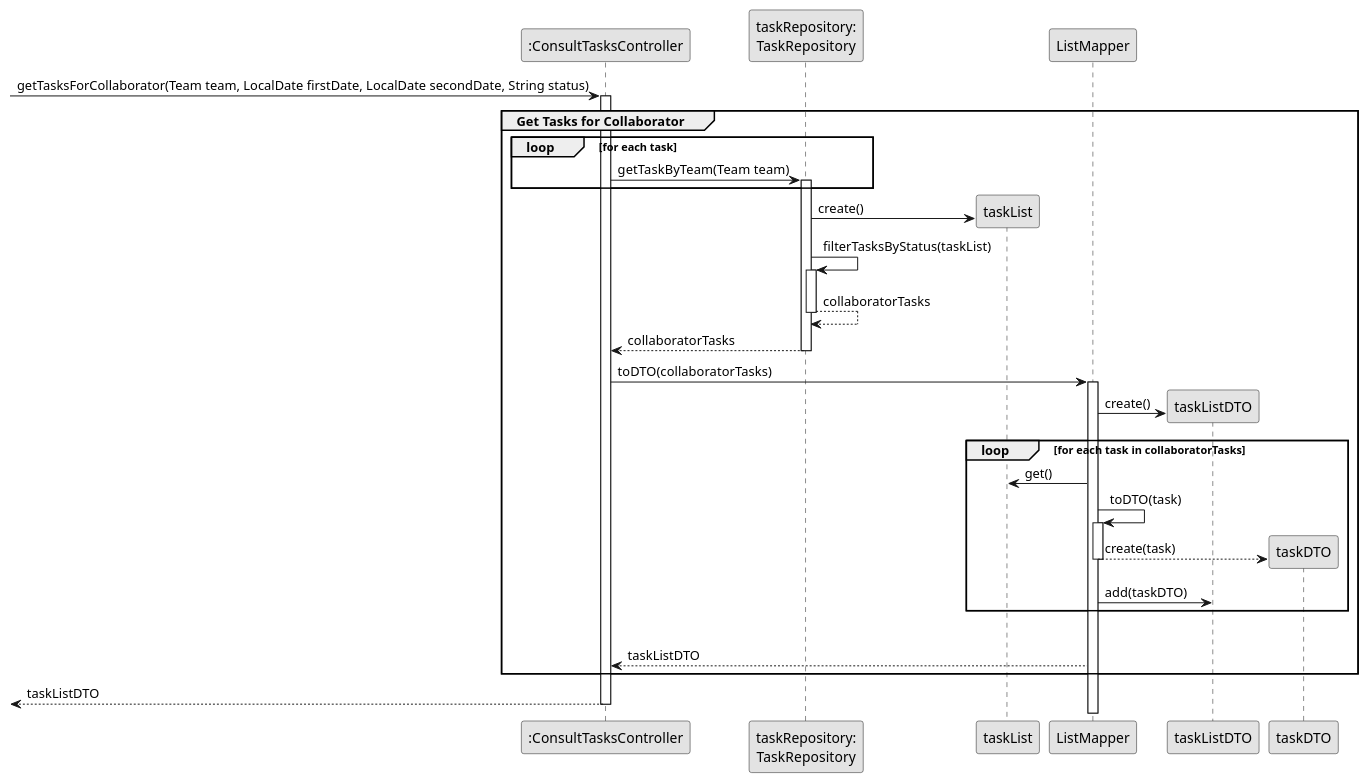
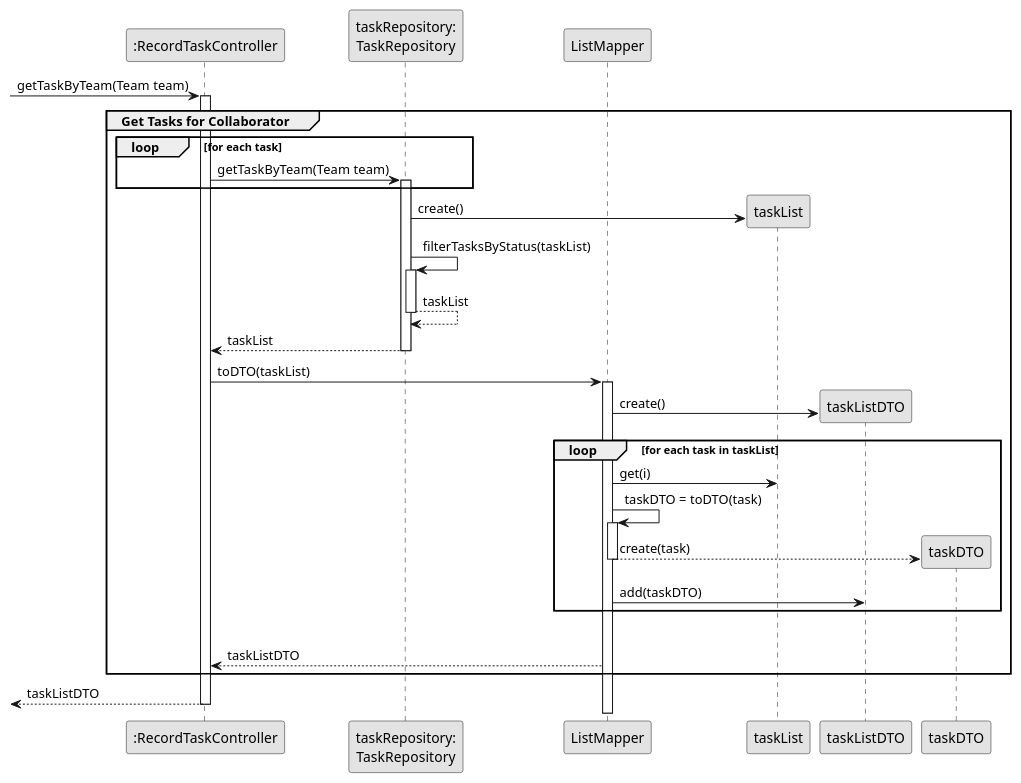
One commit to tiagosoa/lei-24-s2-1dgh-g073 changed the diagram in docs/sprint3/us029/03.design/puml/us001-sequence-diagram-partial-create-skill.puml. Above: the diagram before and after it, drawn with PlantUML. The commit also changed 1 other file, not shown here.

Commit message:
Fixes to DTO diagram

```diff
--- a/docs/sprint3/us029/03.design/puml/us001-sequence-diagram-partial-create-skill.puml
+++ b/docs/sprint3/us029/03.design/puml/us001-sequence-diagram-partial-create-skill.puml
@@ -1,67 +1,67 @@
 @startuml
 skinparam monochrome true
 skinparam packageStyle rectangle
 skinparam shadowing false
 
 
 
-participant ":ConsultTasksController" as CTRL
+participant ":RecordTaskController" as CTRL
 participant "taskRepository:\nTaskRepository" as TAR
+participant "ListMapper" as LM
 participant "taskList" as TL
-participant "ListMapper" as LM
 participant "taskListDTO" as TLDTO
 participant "taskDTO" as TDTO
 
-        -> CTRL : getTasksForCollaborator(Team team, LocalDate firstDate, LocalDate secondDate, String status)
+        -> CTRL : getTaskByTeam(Team team)
                   activate CTRL
     group Get Tasks for Collaborator
 
 
                      loop for each task
                          CTRL -> TAR : getTaskByTeam(Team team)
                          activate TAR
                      end
 
                      TAR -> TL**: create()
 
                                 TAR -> TAR: filterTasksByStatus(taskList)
                                 activate TAR
 
-                                TAR --> TAR: collaboratorTasks
+                                TAR --> TAR: taskList
                                 deactivate TAR
 
-                     TAR --> CTRL: collaboratorTasks
+                     TAR --> CTRL: taskList
                      deactivate TAR
 
-                     CTRL -> LM: toDTO(collaboratorTasks)
+                     CTRL -> LM: toDTO(taskList)
                      activate LM
 
                      LM -> TLDTO**: create()
 
-                     loop for each task in collaboratorTasks
+                     loop for each task in taskList
 
-                     LM -> TL: get()
+                     LM -> TL: get(i)
 
-                     LM -> LM: toDTO(task)
+                     LM -> LM: taskDTO = toDTO(task)
                      activate LM
 
                      LM --> TDTO**: create(task)
                      deactivate LM
 
                      LM -> TLDTO: add(taskDTO)
                      end
 
 
 
                      |||
 
                          LM --> CTRL : taskListDTO
 
 
     end
 
     <-- CTRL : taskListDTO
 deactivate CTRL
 
 
 @enduml
```
